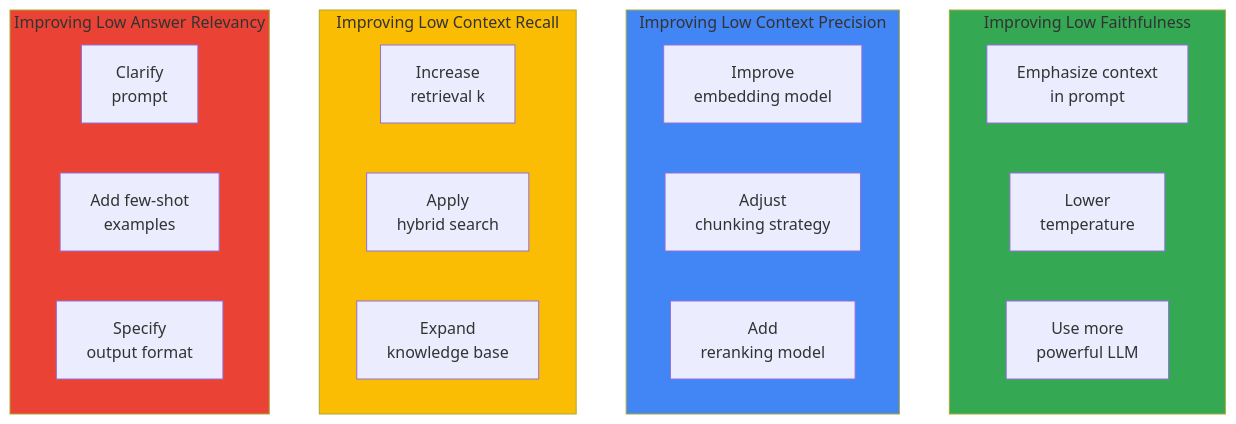
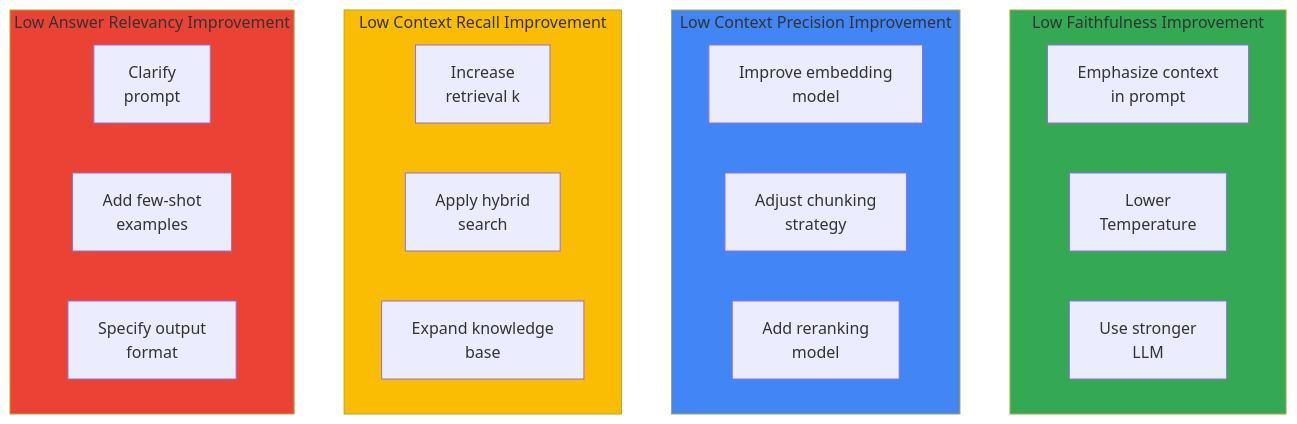
The second of 2 diagrams in i18n/en/docusaurus-plugin-content-docs/current/agentic-ai-platform/operations-mlops/ragas-evaluation.md (devfloor9/engineering-playbook), drawn with Mermaid before and after one commit. The commit also changed other lines of this file and 95 other files, not shown here.

````diff
--- a/i18n/en/docusaurus-plugin-content-docs/current/agentic-ai-platform/operations-mlops/ragas-evaluation.md
+++ b/i18n/en/docusaurus-plugin-content-docs/current/agentic-ai-platform/operations-mlops/ragas-evaluation.md
@@ -654,31 +359,31 @@
 ```mermaid
 flowchart TB
-    subgraph Faith["Improving Low Faithfulness"]
+    subgraph Faith["Low Faithfulness Improvement"]
         F1[Emphasize context<br/>in prompt]
-        F2[Lower<br/>temperature]
-        F3[Use more<br/>powerful LLM]
+        F2[Lower<br/>Temperature]
+        F3[Use stronger<br/>LLM]
     end
 
-    subgraph Precision["Improving Low Context Precision"]
-        CP1[Improve<br/>embedding model]
-        CP2[Adjust<br/>chunking strategy]
-        CP3[Add<br/>reranking model]
+    subgraph Precision["Low Context Precision Improvement"]
+        CP1[Improve embedding<br/>model]
+        CP2[Adjust chunking<br/>strategy]
+        CP3[Add reranking<br/>model]
     end
 
-    subgraph Recall["Improving Low Context Recall"]
+    subgraph Recall["Low Context Recall Improvement"]
         CR1[Increase<br/>retrieval k]
-        CR2[Apply<br/>hybrid search]
-        CR3[Expand<br/>knowledge base]
+        CR2[Apply hybrid<br/>search]
+        CR3[Expand knowledge<br/>base]
     end
 
-    subgraph Relevancy["Improving Low Answer Relevancy"]
+    subgraph Relevancy["Low Answer Relevancy Improvement"]
         AR1[Clarify<br/>prompt]
         AR2[Add few-shot<br/>examples]
-        AR3[Specify<br/>output format]
+        AR3[Specify output<br/>format]
     end
 
     style Faith fill:#34a853
     style Precision fill:#4285f4
     style Recall fill:#fbbc04
     style Relevancy fill:#ea4335
 ```
````
